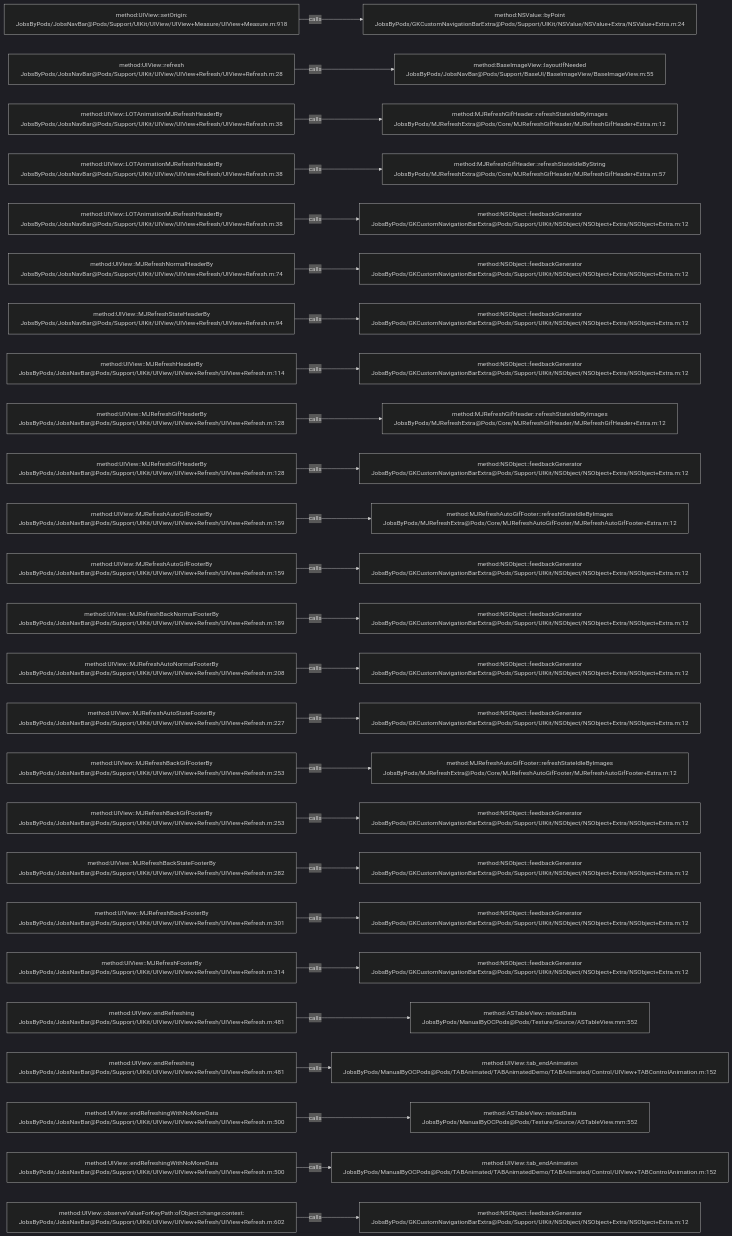
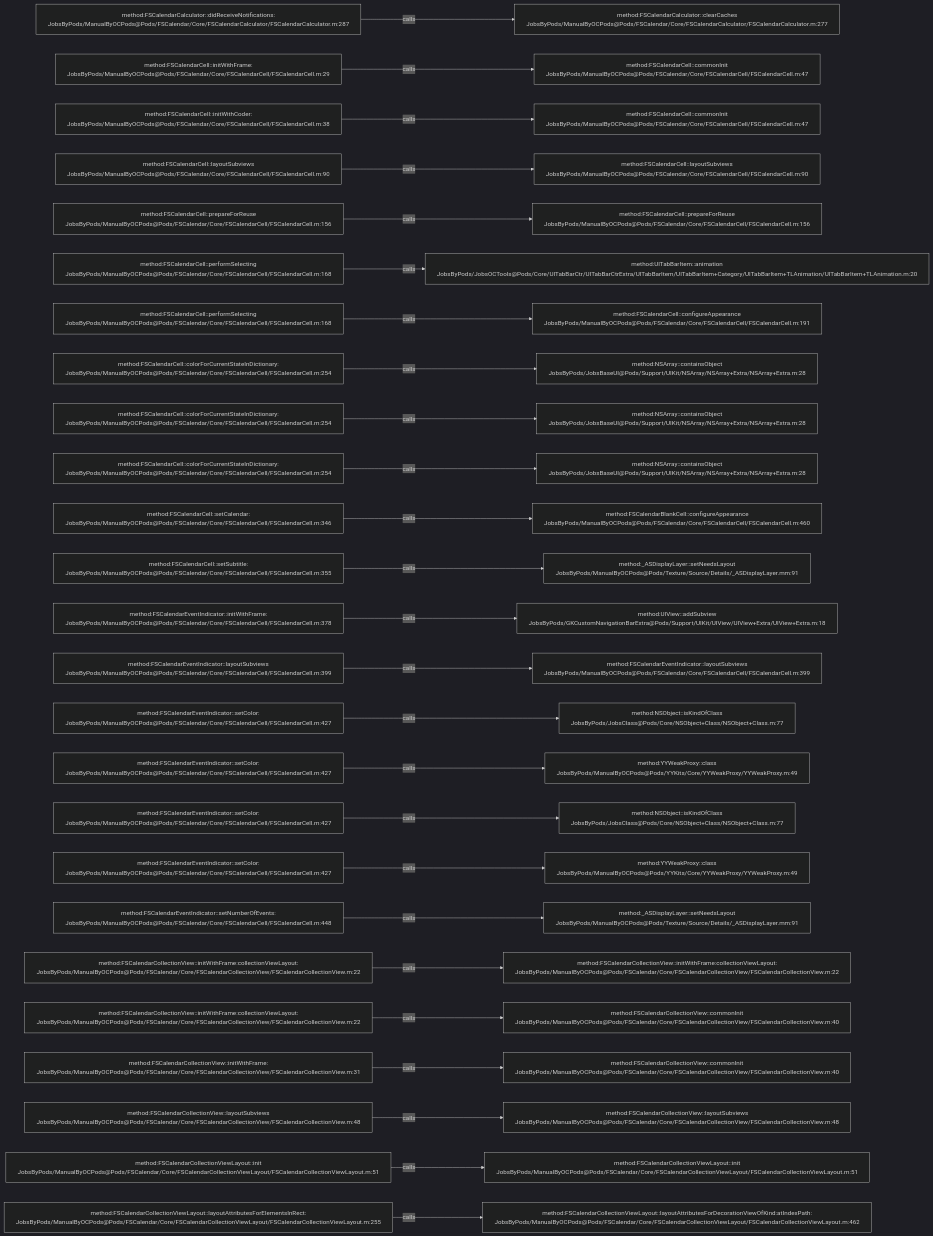
One commit to JobsKits/JobsOCBaseConfigDemo changed the diagram in .codegraph/codegraph.md/graphs/calls-122.md. Above: the diagram before and after it, drawn with Mermaid (dark theme). The commit also changed 573 other files, not shown here.

````diff
--- a/.codegraph/codegraph.md/graphs/calls-122.md
+++ b/.codegraph/codegraph.md/graphs/calls-122.md
@@ -13,78 +13,78 @@
 ```mermaid
 flowchart LR
-  S1["method:UIView::setOrigin:<br/>JobsByPods/JobsNavBar@Pods/Support/UIKit/UIView/UIView+Measure/UIView+Measure.m:918"]
-  T1["method:NSValue::byPoint<br/>JobsByPods/GKCustomNavigationBarExtra@Pods/Support/UIKit/NSValue/NSValue+Extra/NSValue+Extra.m:24"]
+  S1["method:FSCalendarCalculator::didReceiveNotifications:<br/>JobsByPods/ManualByOCPods@Pods/FSCalendar/Core/FSCalendarCalculator/FSCalendarCalculator.m:287"]
+  T1["method:FSCalendarCalculator::clearCaches<br/>JobsByPods/ManualByOCPods@Pods/FSCalendar/Core/FSCalendarCalculator/FSCalendarCalculator.m:277"]
   S1 -->|calls| T1
-  S2["method:UIView::refresh<br/>JobsByPods/JobsNavBar@Pods/Support/UIKit/UIView/UIView+Refresh/UIView+Refresh.m:28"]
-  T2["method:BaseImageView::layoutIfNeeded<br/>JobsByPods/JobsNavBar@Pods/Support/BaseUI/BaseImageView/BaseImageView.m:55"]
+  S2["method:FSCalendarCell::initWithFrame:<br/>JobsByPods/ManualByOCPods@Pods/FSCalendar/Core/FSCalendarCell/FSCalendarCell.m:29"]
+  T2["method:FSCalendarCell::commonInit<br/>JobsByPods/ManualByOCPods@Pods/FSCalendar/Core/FSCalendarCell/FSCalendarCell.m:47"]
   S2 -->|calls| T2
-  S3["method:UIView::LOTAnimationMJRefreshHeaderBy<br/>JobsByPods/JobsNavBar@Pods/Support/UIKit/UIView/UIView+Refresh/UIView+Refresh.m:38"]
-  T3["method:MJRefreshGifHeader::refreshStateIdleByImages<br/>JobsByPods/MJRefreshExtra@Pods/Core/MJRefreshGifHeader/MJRefreshGifHeader+Extra.m:12"]
+  S3["method:FSCalendarCell::initWithCoder:<br/>JobsByPods/ManualByOCPods@Pods/FSCalendar/Core/FSCalendarCell/FSCalendarCell.m:38"]
+  T3["method:FSCalendarCell::commonInit<br/>JobsByPods/ManualByOCPods@Pods/FSCalendar/Core/FSCalendarCell/FSCalendarCell.m:47"]
   S3 -->|calls| T3
-  S4["method:UIView::LOTAnimationMJRefreshHeaderBy<br/>JobsByPods/JobsNavBar@Pods/Support/UIKit/UIView/UIView+Refresh/UIView+Refresh.m:38"]
-  T4["method:MJRefreshGifHeader::refreshStateIdleByString<br/>JobsByPods/MJRefreshExtra@Pods/Core/MJRefreshGifHeader/MJRefreshGifHeader+Extra.m:57"]
+  S4["method:FSCalendarCell::layoutSubviews<br/>JobsByPods/ManualByOCPods@Pods/FSCalendar/Core/FSCalendarCell/FSCalendarCell.m:90"]
+  T4["method:FSCalendarCell::layoutSubviews<br/>JobsByPods/ManualByOCPods@Pods/FSCalendar/Core/FSCalendarCell/FSCalendarCell.m:90"]
   S4 -->|calls| T4
-  S5["method:UIView::LOTAnimationMJRefreshHeaderBy<br/>JobsByPods/JobsNavBar@Pods/Support/UIKit/UIView/UIView+Refresh/UIView+Refresh.m:38"]
-  T5["method:NSObject::feedbackGenerator<br/>JobsByPods/GKCustomNavigationBarExtra@Pods/Support/UIKit/NSObject/NSObject+Extra/NSObject+Extra.m:12"]
+  S5["method:FSCalendarCell::prepareForReuse<br/>JobsByPods/ManualByOCPods@Pods/FSCalendar/Core/FSCalendarCell/FSCalendarCell.m:156"]
+  T5["method:FSCalendarCell::prepareForReuse<br/>JobsByPods/ManualByOCPods@Pods/FSCalendar/Core/FSCalendarCell/FSCalendarCell.m:156"]
   S5 -->|calls| T5
-  S6["method:UIView::MJRefreshNormalHeaderBy<br/>JobsByPods/JobsNavBar@Pods/Support/UIKit/UIView/UIView+Refresh/UIView+Refresh.m:74"]
-  T6["method:NSObject::feedbackGenerator<br/>JobsByPods/GKCustomNavigationBarExtra@Pods/Support/UIKit/NSObject/NSObject+Extra/NSObject+Extra.m:12"]
+  S6["method:FSCalendarCell::performSelecting<br/>JobsByPods/ManualByOCPods@Pods/FSCalendar/Core/FSCalendarCell/FSCalendarCell.m:168"]
+  T6["method:UITabBarItem::animation<br/>JobsByPods/JobsOCTools@Pods/Core/UITabBarCtr/UITabBarCtrExtra/UITabBarItem/UITabBarItem+Category/UITabBarItem+TLAnimation/UITabBarItem+TLAnimation.m:20"]
   S6 -->|calls| T6
-  S7["method:UIView::MJRefreshStateHeaderBy<br/>JobsByPods/JobsNavBar@Pods/Support/UIKit/UIView/UIView+Refresh/UIView+Refresh.m:94"]
-  T7["method:NSObject::feedbackGenerator<br/>JobsByPods/GKCustomNavigationBarExtra@Pods/Support/UIKit/NSObject/NSObject+Extra/NSObject+Extra.m:12"]
+  S7["method:FSCalendarCell::performSelecting<br/>JobsByPods/ManualByOCPods@Pods/FSCalendar/Core/FSCalendarCell/FSCalendarCell.m:168"]
+  T7["method:FSCalendarCell::configureAppearance<br/>JobsByPods/ManualByOCPods@Pods/FSCalendar/Core/FSCalendarCell/FSCalendarCell.m:191"]
   S7 -->|calls| T7
-  S8["method:UIView::MJRefreshHeaderBy<br/>JobsByPods/JobsNavBar@Pods/Support/UIKit/UIView/UIView+Refresh/UIView+Refresh.m:114"]
-  T8["method:NSObject::feedbackGenerator<br/>JobsByPods/GKCustomNavigationBarExtra@Pods/Support/UIKit/NSObject/NSObject+Extra/NSObject+Extra.m:12"]
+  S8["method:FSCalendarCell::colorForCurrentStateInDictionary:<br/>JobsByPods/ManualByOCPods@Pods/FSCalendar/Core/FSCalendarCell/FSCalendarCell.m:254"]
+  T8["method:NSArray::containsObject<br/>JobsByPods/JobsBaseUI@Pods/Support/UIKit/NSArray/NSArray+Extra/NSArray+Extra.m:28"]
   S8 -->|calls| T8
-  S9["method:UIView::MJRefreshGifHeaderBy<br/>JobsByPods/JobsNavBar@Pods/Support/UIKit/UIView/UIView+Refresh/UIView+Refresh.m:128"]
-  T9["method:MJRefreshGifHeader::refreshStateIdleByImages<br/>JobsByPods/MJRefreshExtra@Pods/Core/MJRefreshGifHeader/MJRefreshGifHeader+Extra.m:12"]
+  S9["method:FSCalendarCell::colorForCurrentStateInDictionary:<br/>JobsByPods/ManualByOCPods@Pods/FSCalendar/Core/FSCalendarCell/FSCalendarCell.m:254"]
+  T9["method:NSArray::containsObject<br/>JobsByPods/JobsBaseUI@Pods/Support/UIKit/NSArray/NSArray+Extra/NSArray+Extra.m:28"]
   S9 -->|calls| T9
-  S10["method:UIView::MJRefreshGifHeaderBy<br/>JobsByPods/JobsNavBar@Pods/Support/UIKit/UIView/UIView+Refresh/UIView+Refresh.m:128"]
-  T10["method:NSObject::feedbackGenerator<br/>JobsByPods/GKCustomNavigationBarExtra@Pods/Support/UIKit/NSObject/NSObject+Extra/NSObject+Extra.m:12"]
+  S10["method:FSCalendarCell::colorForCurrentStateInDictionary:<br/>JobsByPods/ManualByOCPods@Pods/FSCalendar/Core/FSCalendarCell/FSCalendarCell.m:254"]
+  T10["method:NSArray::containsObject<br/>JobsByPods/JobsBaseUI@Pods/Support/UIKit/NSArray/NSArray+Extra/NSArray+Extra.m:28"]
   S10 -->|calls| T10
-  S11["method:UIView::MJRefreshAutoGifFooterBy<br/>JobsByPods/JobsNavBar@Pods/Support/UIKit/UIView/UIView+Refresh/UIView+Refresh.m:159"]
-  T11["method:MJRefreshAutoGifFooter::refreshStateIdleByImages<br/>JobsByPods/MJRefreshExtra@Pods/Core/MJRefreshAutoGifFooter/MJRefreshAutoGifFooter+Extra.m:12"]
+  S11["method:FSCalendarCell::setCalendar:<br/>JobsByPods/ManualByOCPods@Pods/FSCalendar/Core/FSCalendarCell/FSCalendarCell.m:346"]
+  T11["method:FSCalendarBlankCell::configureAppearance<br/>JobsByPods/ManualByOCPods@Pods/FSCalendar/Core/FSCalendarCell/FSCalendarCell.m:460"]
   S11 -->|calls| T11
-  S12["method:UIView::MJRefreshAutoGifFooterBy<br/>JobsByPods/JobsNavBar@Pods/Support/UIKit/UIView/UIView+Refresh/UIView+Refresh.m:159"]
-  T12["method:NSObject::feedbackGenerator<br/>JobsByPods/GKCustomNavigationBarExtra@Pods/Support/UIKit/NSObject/NSObject+Extra/NSObject+Extra.m:12"]
+  S12["method:FSCalendarCell::setSubtitle:<br/>JobsByPods/ManualByOCPods@Pods/FSCalendar/Core/FSCalendarCell/FSCalendarCell.m:355"]
+  T12["method:_ASDisplayLayer::setNeedsLayout<br/>JobsByPods/ManualByOCPods@Pods/Texture/Source/Details/_ASDisplayLayer.mm:91"]
   S12 -->|calls| T12
-  S13["method:UIView::MJRefreshBackNormalFooterBy<br/>JobsByPods/JobsNavBar@Pods/Support/UIKit/UIView/UIView+Refresh/UIView+Refresh.m:189"]
-  T13["method:NSObject::feedbackGenerator<br/>JobsByPods/GKCustomNavigationBarExtra@Pods/Support/UIKit/NSObject/NSObject+Extra/NSObject+Extra.m:12"]
+  S13["method:FSCalendarEventIndicator::initWithFrame:<br/>JobsByPods/ManualByOCPods@Pods/FSCalendar/Core/FSCalendarCell/FSCalendarCell.m:378"]
+  T13["method:UIView::addSubview<br/>JobsByPods/GKCustomNavigationBarExtra@Pods/Support/UIKit/UIView/UIView+Extra/UIView+Extra.m:18"]
   S13 -->|calls| T13
-  S14["method:UIView::MJRefreshAutoNormalFooterBy<br/>JobsByPods/JobsNavBar@Pods/Support/UIKit/UIView/UIView+Refresh/UIView+Refresh.m:208"]
-  T14["method:NSObject::feedbackGenerator<br/>JobsByPods/GKCustomNavigationBarExtra@Pods/Support/UIKit/NSObject/NSObject+Extra/NSObject+Extra.m:12"]
+  S14["method:FSCalendarEventIndicator::layoutSubviews<br/>JobsByPods/ManualByOCPods@Pods/FSCalendar/Core/FSCalendarCell/FSCalendarCell.m:399"]
+  T14["method:FSCalendarEventIndicator::layoutSubviews<br/>JobsByPods/ManualByOCPods@Pods/FSCalendar/Core/FSCalendarCell/FSCalendarCell.m:399"]
   S14 -->|calls| T14
-  S15["method:UIView::MJRefreshAutoStateFooterBy<br/>JobsByPods/JobsNavBar@Pods/Support/UIKit/UIView/UIView+Refresh/UIView+Refresh.m:227"]
-  T15["method:NSObject::feedbackGenerator<br/>JobsByPods/GKCustomNavigationBarExtra@Pods/Support/UIKit/NSObject/NSObject+Extra/NSObject+Extra.m:12"]
+  S15["method:FSCalendarEventIndicator::setColor:<br/>JobsByPods/ManualByOCPods@Pods/FSCalendar/Core/FSCalendarCell/FSCalendarCell.m:427"]
+  T15["method:NSObject::isKindOfClass<br/>JobsByPods/JobsClass@Pods/Core/NSObject+Class/NSObject+Class.m:77"]
   S15 -->|calls| T15
-  S16["method:UIView::MJRefreshBackGifFooterBy<br/>JobsByPods/JobsNavBar@Pods/Support/UIKit/UIView/UIView+Refresh/UIView+Refresh.m:253"]
-  T16["method:MJRefreshAutoGifFooter::refreshStateIdleByImages<br/>JobsByPods/MJRefreshExtra@Pods/Core/MJRefreshAutoGifFooter/MJRefreshAutoGifFooter+Extra.m:12"]
+  S16["method:FSCalendarEventIndicator::setColor:<br/>JobsByPods/ManualByOCPods@Pods/FSCalendar/Core/FSCalendarCell/FSCalendarCell.m:427"]
+  T16["method:YYWeakProxy::class<br/>JobsByPods/ManualByOCPods@Pods/YYKits/Core/YYWeakProxy/YYWeakProxy.m:49"]
   S16 -->|calls| T16
-  S17["method:UIView::MJRefreshBackGifFooterBy<br/>JobsByPods/JobsNavBar@Pods/Support/UIKit/UIView/UIView+Refresh/UIView+Refresh.m:253"]
-  T17["method:NSObject::feedbackGenerator<br/>JobsByPods/GKCustomNavigationBarExtra@Pods/Support/UIKit/NSObject/NSObject+Extra/NSObject+Extra.m:12"]
+  S17["method:FSCalendarEventIndicator::setColor:<br/>JobsByPods/ManualByOCPods@Pods/FSCalendar/Core/FSCalendarCell/FSCalendarCell.m:427"]
+  T17["method:NSObject::isKindOfClass<br/>JobsByPods/JobsClass@Pods/Core/NSObject+Class/NSObject+Class.m:77"]
   S17 -->|calls| T17
-  S18["method:UIView::MJRefreshBackStateFooterBy<br/>JobsByPods/JobsNavBar@Pods/Support/UIKit/UIView/UIView+Refresh/UIView+Refresh.m:282"]
-  T18["method:NSObject::feedbackGenerator<br/>JobsByPods/GKCustomNavigationBarExtra@Pods/Support/UIKit/NSObject/NSObject+Extra/NSObject+Extra.m:12"]
+  S18["method:FSCalendarEventIndicator::setColor:<br/>JobsByPods/ManualByOCPods@Pods/FSCalendar/Core/FSCalendarCell/FSCalendarCell.m:427"]
+  T18["method:YYWeakProxy::class<br/>JobsByPods/ManualByOCPods@Pods/YYKits/Core/YYWeakProxy/YYWeakProxy.m:49"]
   S18 -->|calls| T18
-  S19["method:UIView::MJRefreshBackFooterBy<br/>JobsByPods/JobsNavBar@Pods/Support/UIKit/UIView/UIView+Refresh/UIView+Refresh.m:301"]
-  T19["method:NSObject::feedbackGenerator<br/>JobsByPods/GKCustomNavigationBarExtra@Pods/Support/UIKit/NSObject/NSObject+Extra/NSObject+Extra.m:12"]
+  S19["method:FSCalendarEventIndicator::setNumberOfEvents:<br/>JobsByPods/ManualByOCPods@Pods/FSCalendar/Core/FSCalendarCell/FSCalendarCell.m:448"]
+  T19["method:_ASDisplayLayer::setNeedsLayout<br/>JobsByPods/ManualByOCPods@Pods/Texture/Source/Details/_ASDisplayLayer.mm:91"]
   S19 -->|calls| T19
-  S20["method:UIView::MJRefreshFooterBy<br/>JobsByPods/JobsNavBar@Pods/Support/UIKit/UIView/UIView+Refresh/UIView+Refresh.m:314"]
-  T20["method:NSObject::feedbackGenerator<br/>JobsByPods/GKCustomNavigationBarExtra@Pods/Support/UIKit/NSObject/NSObject+Extra/NSObject+Extra.m:12"]
+  S20["method:FSCalendarCollectionView::initWithFrame:collectionViewLayout:<br/>JobsByPods/ManualByOCPods@Pods/FSCalendar/Core/FSCalendarCollectionView/FSCalendarCollectionView.m:22"]
+  T20["method:FSCalendarCollectionView::initWithFrame:collectionViewLayout:<br/>JobsByPods/ManualByOCPods@Pods/FSCalendar/Core/FSCalendarCollectionView/FSCalendarCollectionView.m:22"]
   S20 -->|calls| T20
-  S21["method:UIView::endRefreshing<br/>JobsByPods/JobsNavBar@Pods/Support/UIKit/UIView/UIView+Refresh/UIView+Refresh.m:481"]
-  T21["method:ASTableView::reloadData<br/>JobsByPods/ManualByOCPods@Pods/Texture/Source/ASTableView.mm:552"]
+  S21["method:FSCalendarCollectionView::initWithFrame:collectionViewLayout:<br/>JobsByPods/ManualByOCPods@Pods/FSCalendar/Core/FSCalendarCollectionView/FSCalendarCollectionView.m:22"]
+  T21["method:FSCalendarCollectionView::commonInit<br/>JobsByPods/ManualByOCPods@Pods/FSCalendar/Core/FSCalendarCollectionView/FSCalendarCollectionView.m:40"]
   S21 -->|calls| T21
-  S22["method:UIView::endRefreshing<br/>JobsByPods/JobsNavBar@Pods/Support/UIKit/UIView/UIView+Refresh/UIView+Refresh.m:481"]
-  T22["method:UIView::tab_endAnimation<br/>JobsByPods/ManualByOCPods@Pods/TABAnimated/TABAnimatedDemo/TABAnimated/Control/UIView+TABControlAnimation.m:152"]
+  S22["method:FSCalendarCollectionView::initWithFrame:<br/>JobsByPods/ManualByOCPods@Pods/FSCalendar/Core/FSCalendarCollectionView/FSCalendarCollectionView.m:31"]
+  T22["method:FSCalendarCollectionView::commonInit<br/>JobsByPods/ManualByOCPods@Pods/FSCalendar/Core/FSCalendarCollectionView/FSCalendarCollectionView.m:40"]
   S22 -->|calls| T22
-  S23["method:UIView::endRefreshingWithNoMoreData<br/>JobsByPods/JobsNavBar@Pods/Support/UIKit/UIView/UIView+Refresh/UIView+Refresh.m:500"]
-  T23["method:ASTableView::reloadData<br/>JobsByPods/ManualByOCPods@Pods/Texture/Source/ASTableView.mm:552"]
+  S23["method:FSCalendarCollectionView::layoutSubviews<br/>JobsByPods/ManualByOCPods@Pods/FSCalendar/Core/FSCalendarCollectionView/FSCalendarCollectionView.m:48"]
+  T23["method:FSCalendarCollectionView::layoutSubviews<br/>JobsByPods/ManualByOCPods@Pods/FSCalendar/Core/FSCalendarCollectionView/FSCalendarCollectionView.m:48"]
   S23 -->|calls| T23
-  S24["method:UIView::endRefreshingWithNoMoreData<br/>JobsByPods/JobsNavBar@Pods/Support/UIKit/UIView/UIView+Refresh/UIView+Refresh.m:500"]
-  T24["method:UIView::tab_endAnimation<br/>JobsByPods/ManualByOCPods@Pods/TABAnimated/TABAnimatedDemo/TABAnimated/Control/UIView+TABControlAnimation.m:152"]
+  S24["method:FSCalendarCollectionViewLayout::init<br/>JobsByPods/ManualByOCPods@Pods/FSCalendar/Core/FSCalendarCollectionViewLayout/FSCalendarCollectionViewLayout.m:51"]
+  T24["method:FSCalendarCollectionViewLayout::init<br/>JobsByPods/ManualByOCPods@Pods/FSCalendar/Core/FSCalendarCollectionViewLayout/FSCalendarCollectionViewLayout.m:51"]
   S24 -->|calls| T24
-  S25["method:UIView::observeValueForKeyPath:ofObject:change:context:<br/>JobsByPods/JobsNavBar@Pods/Support/UIKit/UIView/UIView+Refresh/UIView+Refresh.m:602"]
-  T25["method:NSObject::feedbackGenerator<br/>JobsByPods/GKCustomNavigationBarExtra@Pods/Support/UIKit/NSObject/NSObject+Extra/NSObject+Extra.m:12"]
+  S25["method:FSCalendarCollectionViewLayout::layoutAttributesForElementsInRect:<br/>JobsByPods/ManualByOCPods@Pods/FSCalendar/Core/FSCalendarCollectionViewLayout/FSCalendarCollectionViewLayout.m:255"]
+  T25["method:FSCalendarCollectionViewLayout::layoutAttributesForDecorationViewOfKind:atIndexPath:<br/>JobsByPods/ManualByOCPods@Pods/FSCalendar/Core/FSCalendarCollectionViewLayout/FSCalendarCollectionViewLayout.m:462"]
   S25 -->|calls| T25
 ```
````
